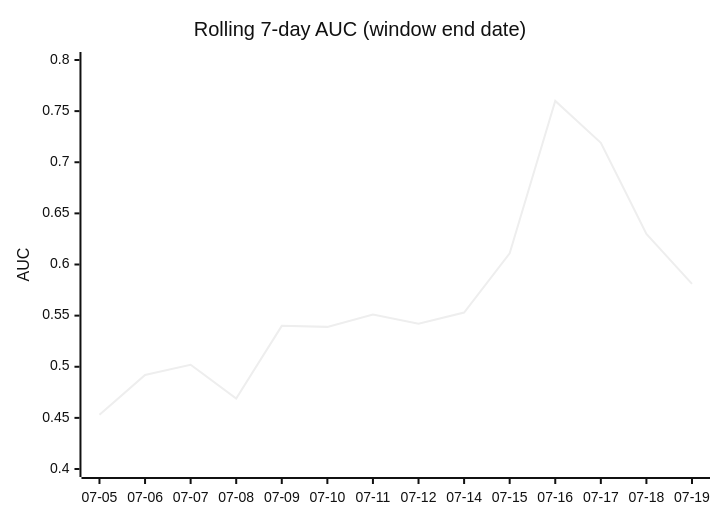
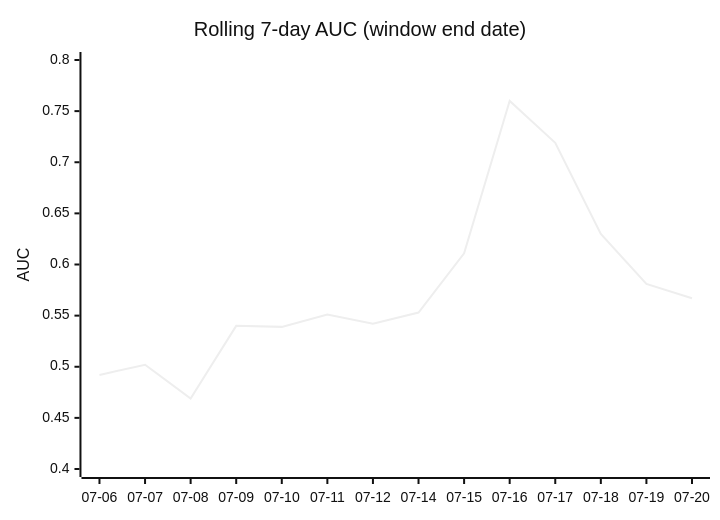
The third of 4 diagrams in DAILY_AGSU_REPORT.md (dpk1212/nhl-savant), drawn with Mermaid (neutral theme) before and after one commit. The commit also changed other lines of this file, not shown here.

````diff
--- a/DAILY_AGSU_REPORT.md
+++ b/DAILY_AGSU_REPORT.md
@@ -562,7 +560,7 @@
 ```mermaid
 xychart-beta
     title "Rolling 7-day AUC (window end date)"
-    x-axis ["07-05", "07-06", "07-07", "07-08", "07-09", "07-10", "07-11", "07-12", "07-14", "07-15", "07-16", "07-17", "07-18", "07-19"]
+    x-axis ["07-06", "07-07", "07-08", "07-09", "07-10", "07-11", "07-12", "07-14", "07-15", "07-16", "07-17", "07-18", "07-19", "07-20"]
     y-axis "AUC" 0.4 --> 0.8
-    line [0.453, 0.492, 0.502, 0.469, 0.54, 0.539, 0.551, 0.542, 0.553, 0.611, 0.76, 0.719, 0.63, 0.581]
+    line [0.492, 0.502, 0.469, 0.54, 0.539, 0.551, 0.542, 0.553, 0.611, 0.76, 0.719, 0.63, 0.581, 0.567]
 ```
````
